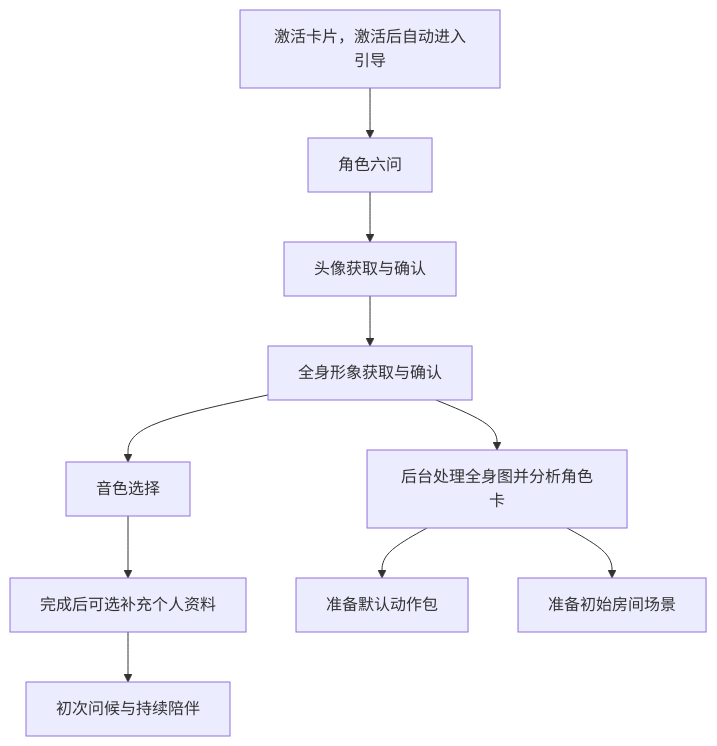
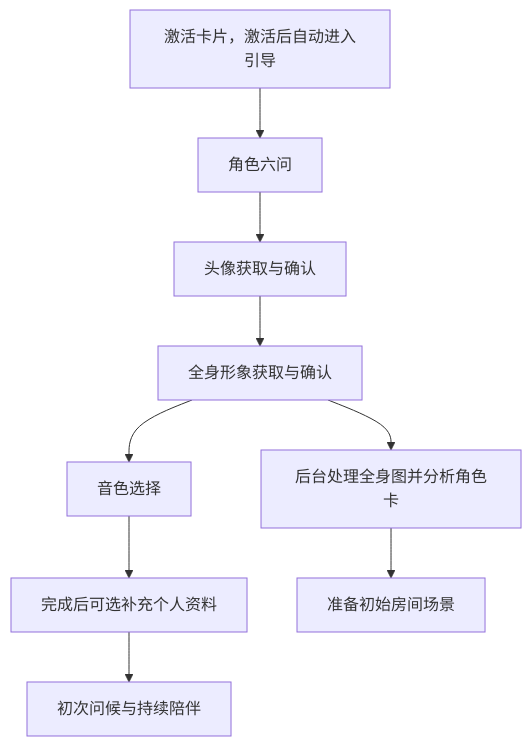
One commit to yangjinming1062/SpiritAgent changed the diagram in docs/DESIGN.md. Above: the diagram before and after it, drawn with Mermaid. The commit also changed other lines of this file and 155 other files, not shown here.

````diff
--- a/docs/DESIGN.md
+++ b/docs/DESIGN.md
@@ -15,12 +15,11 @@
 ```mermaid
 flowchart TD
     Activation[激活卡片，激活后自动进入引导] --> Role[角色六问]
     Role --> Avatar[头像获取与确认]
     Avatar --> Full[全身形象获取与确认]
     Full --> Voice[音色选择]
     Voice --> User[完成后可选补充个人资料]
     User --> Greeting[初次问候与持续陪伴]
     Full --> Card[后台处理全身图并分析角色卡]
-    Card --> Video[准备默认动作包]
     Card --> Scene[准备初始房间场景]
 ```
````
